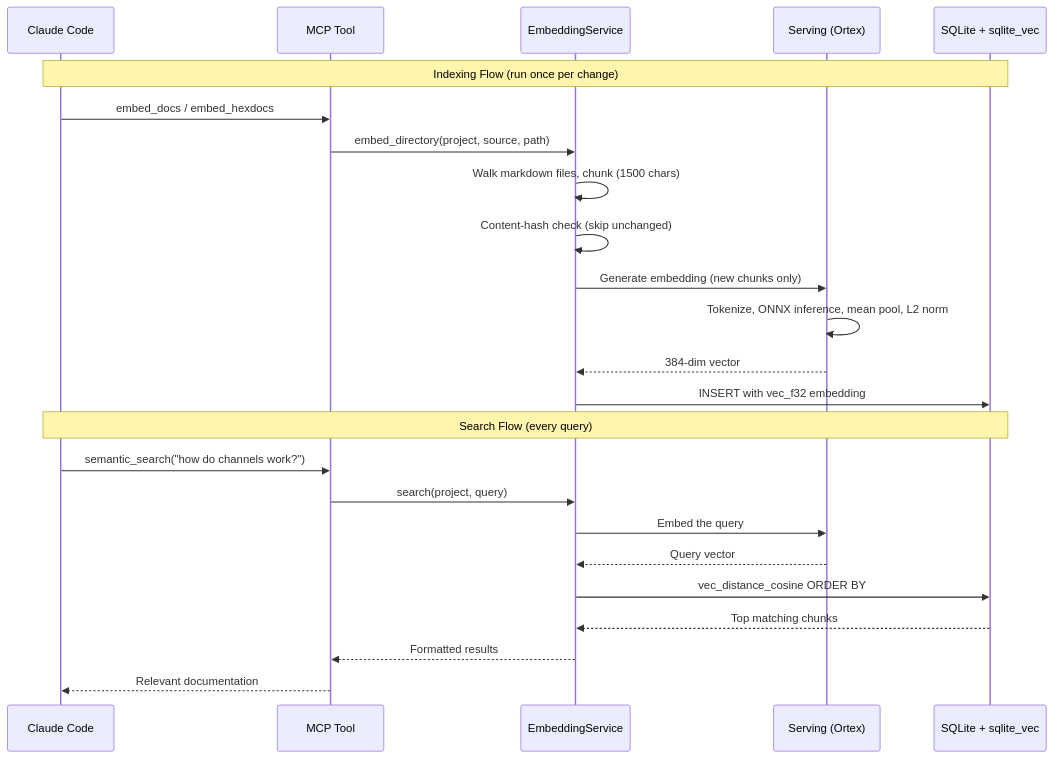
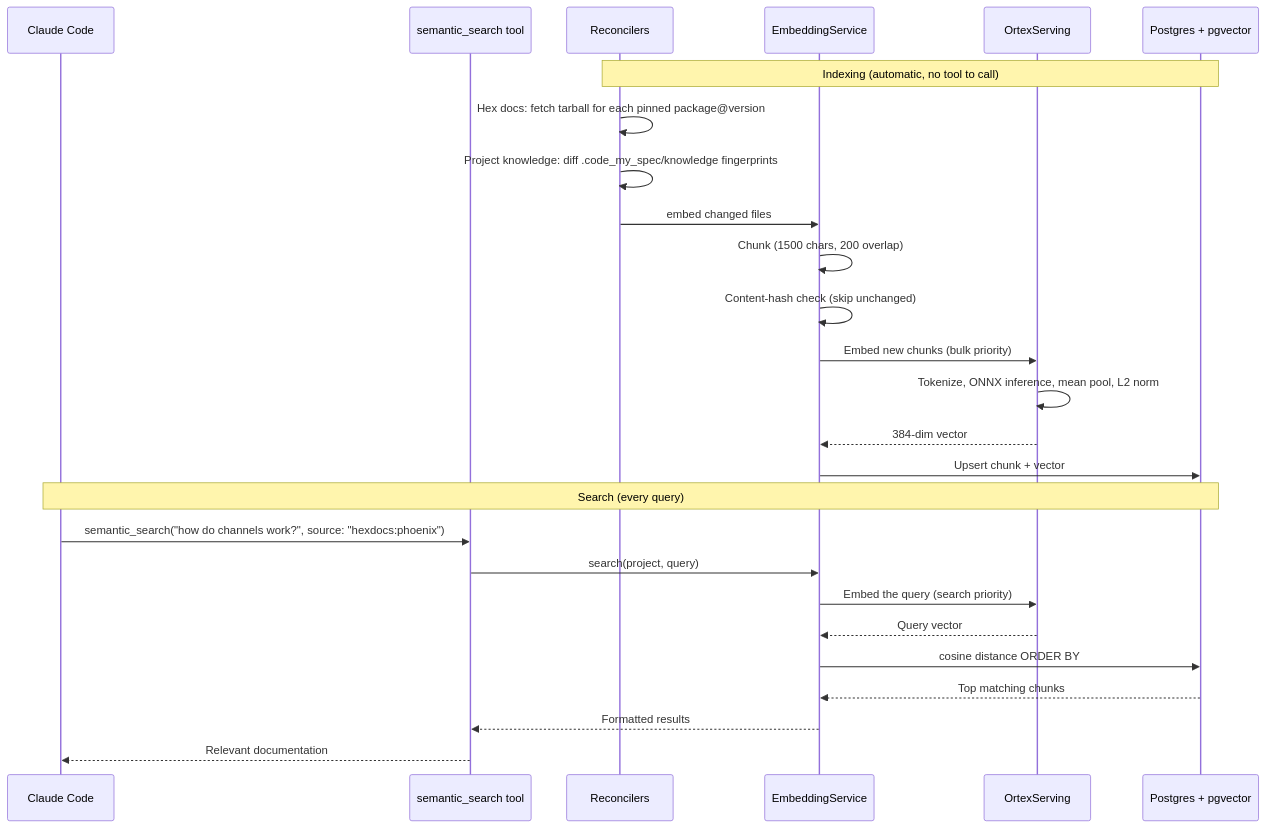
One commit to johns10/code_my_spec_docs changed the diagram in content/elixir_embedding_pipeline.md. Above: the diagram before and after it, drawn with Mermaid. The commit also changed other lines of this file and 99 other files, not shown here.

````diff
--- a/content/elixir_embedding_pipeline.md
+++ b/content/elixir_embedding_pipeline.md
@@ -46,28 +48,30 @@
 ```mermaid
 sequenceDiagram
     participant CC as Claude Code
-    participant MCP as MCP Tool
+    participant MCP as semantic_search tool
+    participant R as Reconcilers
     participant ES as EmbeddingService
-    participant S as Serving (Ortex)
-    participant DB as SQLite + sqlite_vec
+    participant S as OrtexServing
+    participant DB as Postgres + pgvector
 
-    Note over CC,DB: Indexing Flow (run once per change)
-    CC->>MCP: embed_docs / embed_hexdocs
-    MCP->>ES: embed_directory(project, source, path)
-    ES->>ES: Walk markdown files, chunk (1500 chars)
+    Note over R,DB: Indexing (automatic, no tool to call)
+    R->>R: Hex docs: fetch tarball for each pinned package@version
+    R->>R: Project knowledge: diff .code_my_spec/knowledge fingerprints
+    R->>ES: embed changed files
+    ES->>ES: Chunk (1500 chars, 200 overlap)
     ES->>ES: Content-hash check (skip unchanged)
-    ES->>S: Generate embedding (new chunks only)
+    ES->>S: Embed new chunks (bulk priority)
     S->>S: Tokenize, ONNX inference, mean pool, L2 norm
     S-->>ES: 384-dim vector
-    ES->>DB: INSERT with vec_f32 embedding
+    ES->>DB: Upsert chunk + vector
 
-    Note over CC,DB: Search Flow (every query)
-    CC->>MCP: semantic_search("how do channels work?")
+    Note over CC,DB: Search (every query)
+    CC->>MCP: semantic_search("how do channels work?", source: "hexdocs:phoenix")
     MCP->>ES: search(project, query)
-    ES->>S: Embed the query
+    ES->>S: Embed the query (search priority)
     S-->>ES: Query vector
-    ES->>DB: vec_distance_cosine ORDER BY
+    ES->>DB: cosine distance ORDER BY
     DB-->>ES: Top matching chunks
     ES-->>MCP: Formatted results
     MCP-->>CC: Relevant documentation
 ```
````
